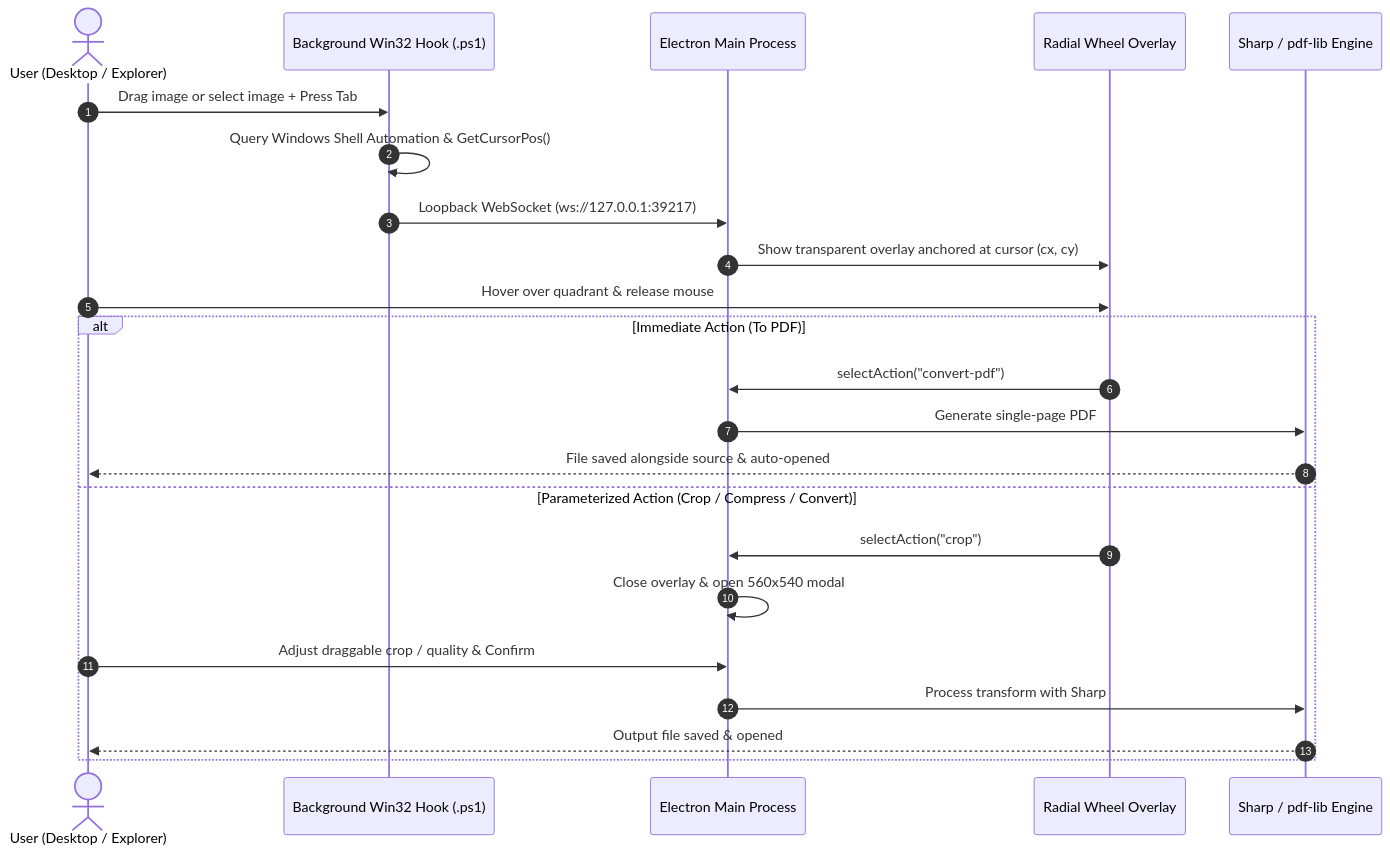
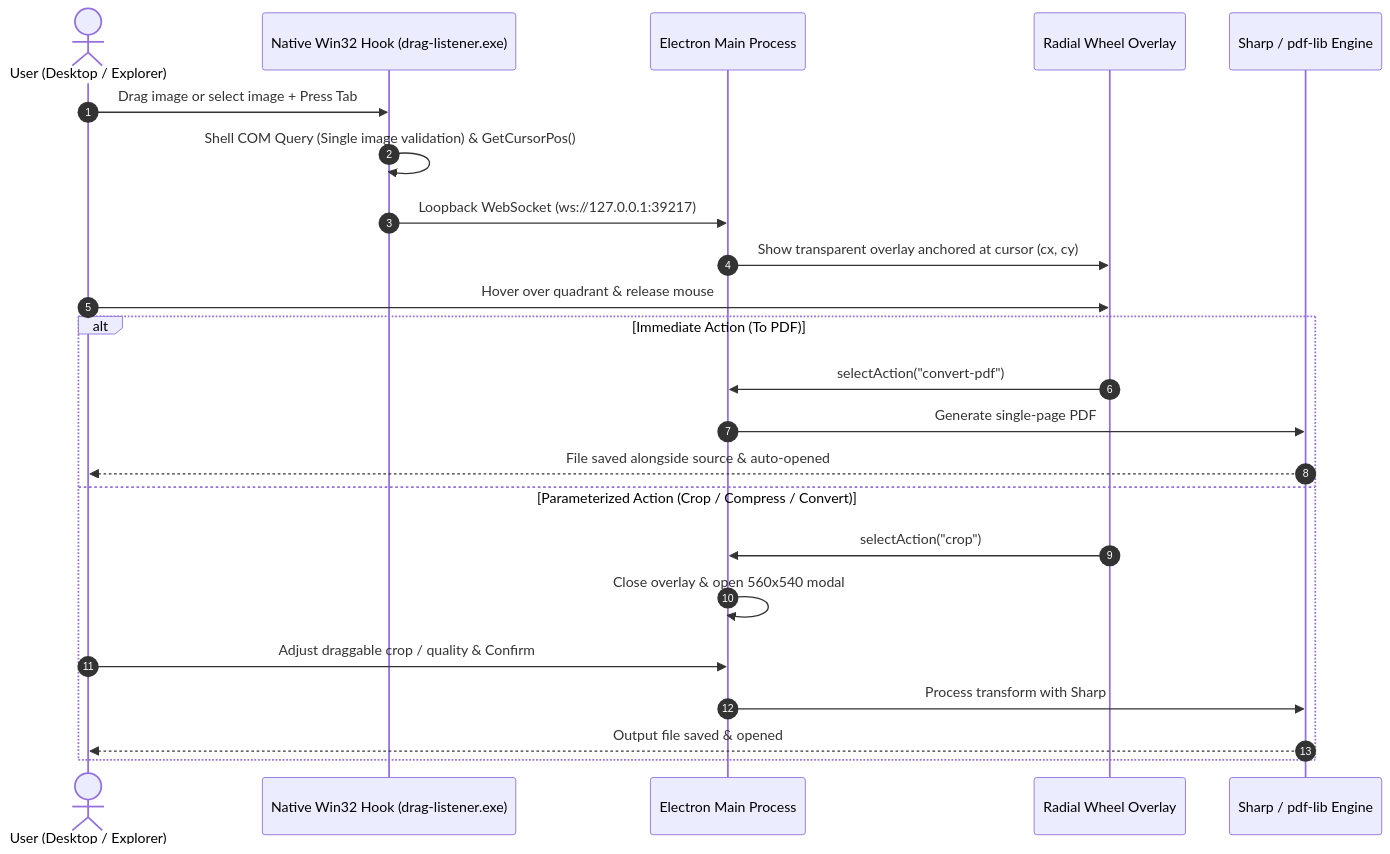
The diagram in README.md (RohanSingh7761/action-wheel), drawn with Mermaid before and after one commit. The commit also changed other lines of this file and 7 other files, not shown here.

Commit message:
v1.0.0: compiled native C# listener, electron-builder packaging, and open-source release docs

````diff
--- a/README.md
+++ b/README.md
@@ -66,26 +165,26 @@
 ```mermaid
 sequenceDiagram
     autonumber
     actor User as User (Desktop / Explorer)
-    participant Hook as Background Win32 Hook (.ps1)
+    participant Hook as Native Win32 Hook (drag-listener.exe)
     participant Main as Electron Main Process
     participant Wheel as Radial Wheel Overlay
     participant Engine as Sharp / pdf-lib Engine
 
     User->>Hook: Drag image or select image + Press Tab
-    Hook->>Hook: Query Windows Shell Automation & GetCursorPos()
+    Hook->>Hook: Shell COM Query (Single image validation) & GetCursorPos()
     Hook->>Main: Loopback WebSocket (ws://127.0.0.1:39217)
     Main->>Wheel: Show transparent overlay anchored at cursor (cx, cy)
     User->>Wheel: Hover over quadrant & release mouse
     alt Immediate Action (To PDF)
         Wheel->>Main: selectAction("convert-pdf")
         Main->>Engine: Generate single-page PDF
         Engine-->>User: File saved alongside source & auto-opened
     else Parameterized Action (Crop / Compress / Convert)
         Wheel->>Main: selectAction("crop")
         Main->>Main: Close overlay & open 560x540 modal
         User->>Main: Adjust draggable crop / quality & Confirm
         Main->>Engine: Process transform with Sharp
         Engine-->>User: Output file saved & opened
     end
 ```
````
